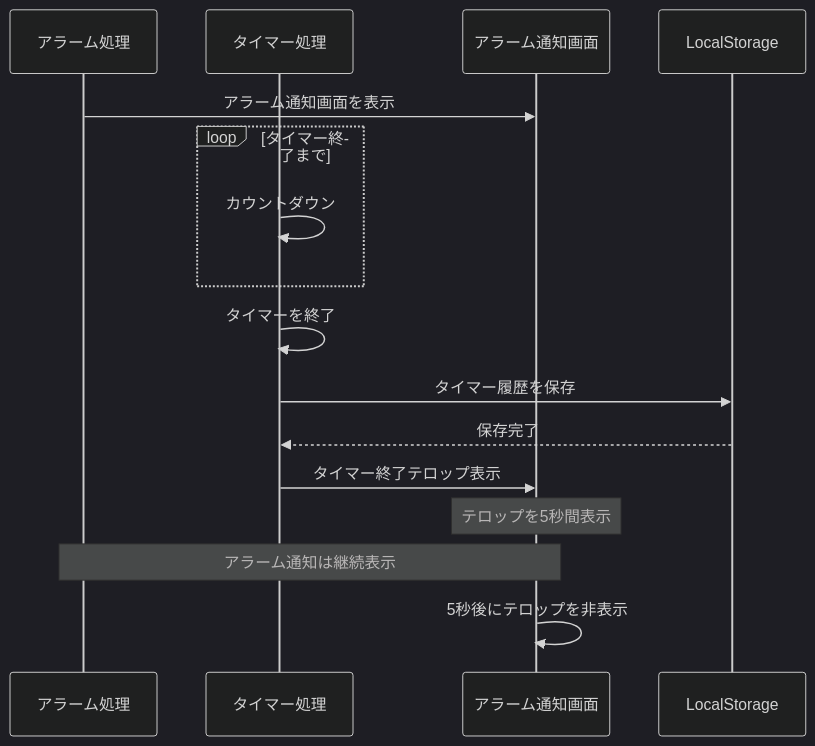
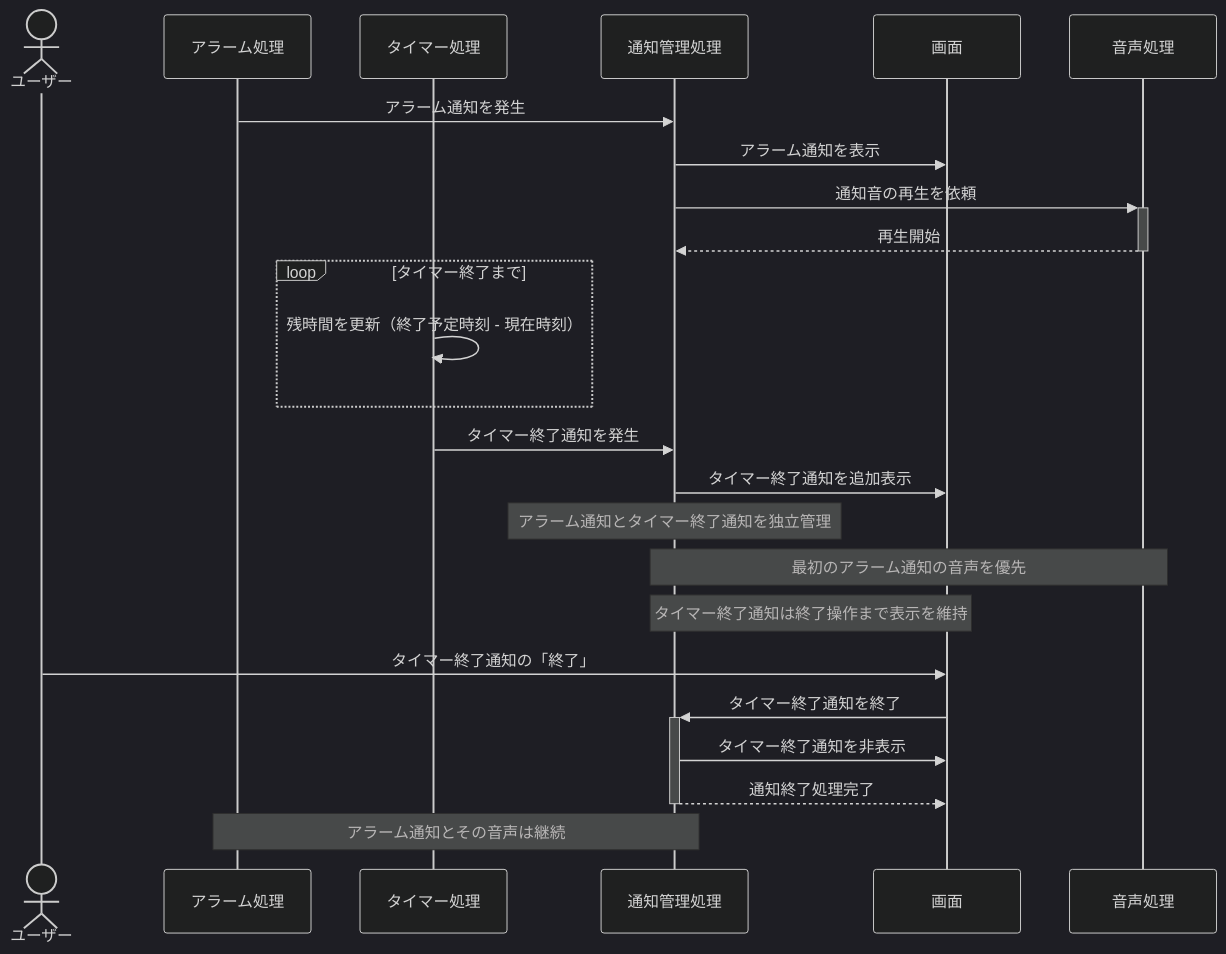
One commit to shun62201234-crypto/timerApplication changed the fifth of 6 diagrams in document/設計/シーケンス図/タイマーシーケンス図.md. Above: the diagram before and after it, drawn with Mermaid (dark theme). The commit also changed other lines of this file and 1 other file, not shown here.

First line of the commit message:
タイマーシーケンス図の処理内容と表記を見直し

````diff
--- a/document/設計/シーケンス図/タイマーシーケンス図.md
+++ b/document/設計/シーケンス図/タイマーシーケンス図.md
@@ -119,25 +160,32 @@
 ```mermaid
 sequenceDiagram
-
+    actor ユーザー
     participant Alarm as アラーム処理
     participant Timer as タイマー処理
-    participant UI as アラーム通知画面
-    participant Storage as LocalStorage
+    participant Notify as 通知管理処理
+    participant UI as 画面
+    participant Audio as 音声処理
 
-    Alarm->>UI: アラーム通知画面を表示
+    Alarm->>Notify: アラーム通知を発生
+    Notify->>UI: アラーム通知を表示
+    Notify->>+Audio: 通知音の再生を依頼
+    Audio-->>-Notify: 再生開始
 
     loop タイマー終了まで
-        Timer->>Timer: カウントダウン
+        Timer->>Timer: 残時間を更新（終了予定時刻 - 現在時刻）
     end
 
-    Timer->>Timer: タイマーを終了
-    Timer->>Storage: タイマー履歴を保存
-    Storage-->>Timer: 保存完了
+    Timer->>Notify: タイマー終了通知を発生
+    Notify->>UI: タイマー終了通知を追加表示
 
-    Timer->>UI: タイマー終了テロップ表示
+    Note over Notify: アラーム通知とタイマー終了通知を独立管理
+    Note over Notify,Audio: 最初のアラーム通知の音声を優先
+    Note over Notify,UI: タイマー終了通知は終了操作まで表示を維持
 
-    Note over UI: テロップを5秒間表示
-    Note over Alarm,UI: アラーム通知は継続表示
+    ユーザー->>UI: タイマー終了通知の「終了」
+    UI->>+Notify: タイマー終了通知を終了
+    Notify->>UI: タイマー終了通知を非表示
+    Notify-->>-UI: 通知終了処理完了
 
-    UI->>UI: 5秒後にテロップを非表示
+    Note over Alarm,Notify: アラーム通知とその音声は継続
 ```
````
